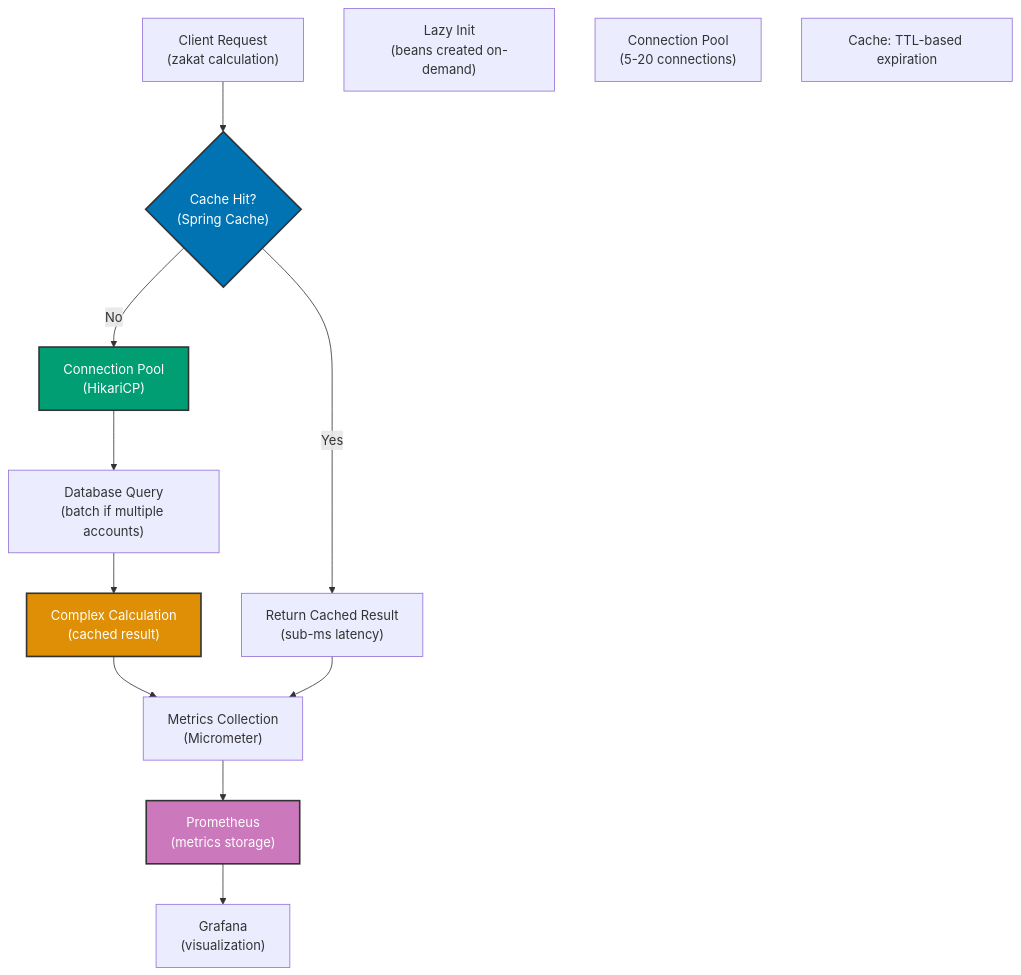
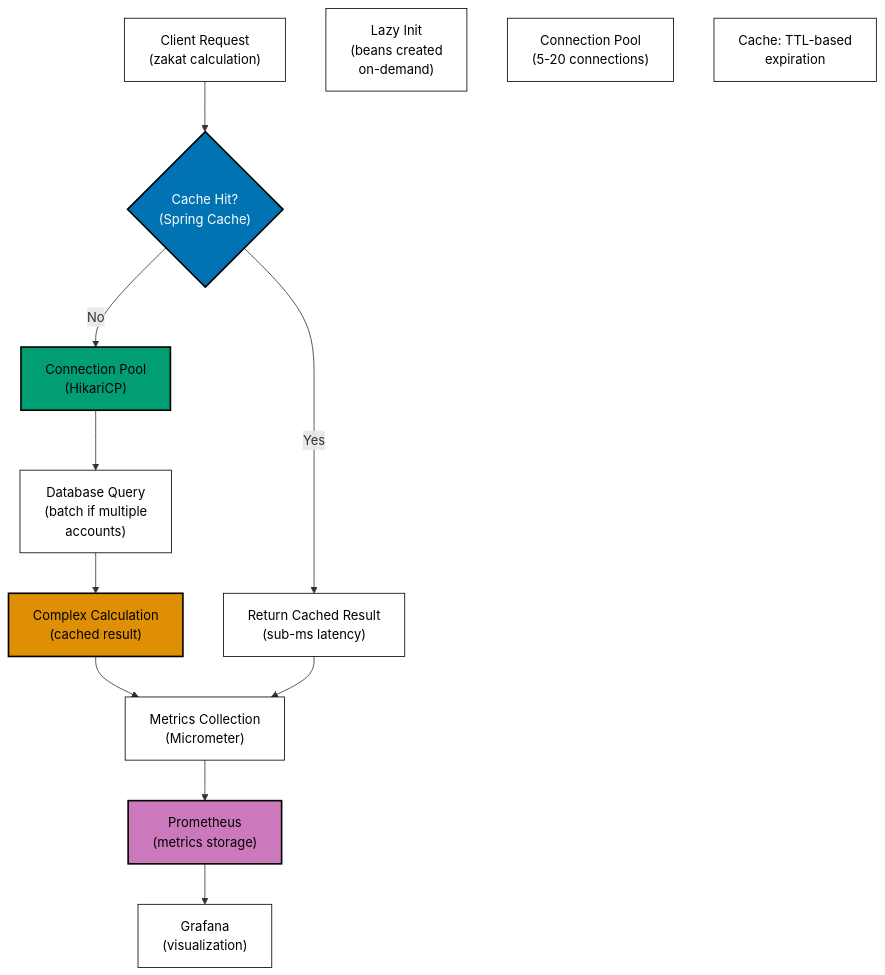
Before and after one commit to wahidyankf/ose-public: the diagram in apps/ayokoding-www/content/en/learn/legacy/software-engineering/platforms/web/tools/jvm-spring/in-the-field/performance-tuning.md, drawn with Mermaid. The commit also changed 130 other files, not shown here.

First line of the commit message:
fix(mermaid): bring the legacy platforms diagrams onto the accessible palette

````diff
--- a/apps/ayokoding-www/content/en/learn/legacy/software-engineering/platforms/web/tools/jvm-spring/in-the-field/performance-tuning.md
+++ b/apps/ayokoding-www/content/en/learn/legacy/software-engineering/platforms/web/tools/jvm-spring/in-the-field/performance-tuning.md
@@ -539,38 +539,45 @@
 ```mermaid
 flowchart TB
+    accTitle: Performance Optimization Flow Diagram
+    accDescr: Flowchart with 12 nodes and 9 connections. Nodes: Client Request (zakat calculation), Cache Hit? (Spring Cache), Return Cached Result (sub-ms latency), Connection Pool (HikariCP), Database Query (batch if multiple accounts), Complex Calculation (cached result), Metrics Collection (Micrometer), Prometheus (metrics storage), Grafana (visualization), Lazy Init (beans created on-demand), Connection Pool (5-20 connections), Cache: TTL-based expiration. Connections: Client Request (zakat calculation) to Cache Hit? (Spring Cache), Cache Hit? (Spring Cache) to Return Cached Result (sub-ms latency) (Yes), Cache Hit? (Spring Cache) to Connection Pool (HikariCP) (No), Connection Pool (HikariCP) to Database Query (batch if multiple accounts), Database Query (batch if multiple accounts) to Complex Calculation (cached result), Complex Calculation (cached result) to Metrics Collection (Micrometer), Metrics Collection (Micrometer) to Prometheus (metrics storage), Prometheus (metrics storage) to Grafana (visualization), Return Cached Result (sub-ms latency) to Metrics Collection (Micrometer).
     Request["Client Request<br/>(zakat calculation)"]
 
     Cache{"Cache Hit?<br/>(Spring Cache)"}
     CacheHit["Return Cached Result<br/>(sub-ms latency)"]
 
     Pool["Connection Pool<br/>(HikariCP)"]
-    DB["Database Query<br/>(batch if multiple accounts)"]
+    DB["Database Query<br/>(batch if multiple<br/>accounts)"]
 
     Calc["Complex Calculation<br/>(cached result)"]
 
     Metrics["Metrics Collection<br/>(Micrometer)"]
     Prometheus["Prometheus<br/>(metrics storage)"]
     Grafana["Grafana<br/>(visualization)"]
 
     Request --> Cache
     Cache -->|Yes| CacheHit
     Cache -->|No| Pool
 
     Pool --> DB
     DB --> Calc
     Calc --> Metrics
 
     Metrics --> Prometheus
     Prometheus --> Grafana
 
     CacheHit --> Metrics
 
-    Note1["Lazy Init<br/>(beans created on-demand)"]
+    Note1["Lazy Init<br/>(beans created<br/>on-demand)"]
     Note2["Connection Pool<br/>(5-20 connections)"]
-    Note3["Cache: TTL-based expiration"]
+    Note3["Cache: TTL-based<br/>expiration"]
 
-    style Cache fill:#0173B2,stroke:#333,stroke-width:2px,color:#fff
-    style Pool fill:#029E73,stroke:#333,stroke-width:2px,color:#fff
-    style Calc fill:#DE8F05,stroke:#333,stroke-width:2px,color:#fff
-    style Prometheus fill:#CC78BC,stroke:#333,stroke-width:2px,color:#fff
+    classDef pal-0173B2 fill:#0173B2,stroke:#000000,color:#FFFFFF,stroke-width:2px
+    class Cache pal-0173B2
+    classDef pal-029E73 fill:#029E73,stroke:#000000,color:#000000,stroke-width:2px
+    class Pool pal-029E73
+    classDef pal-DE8F05 fill:#DE8F05,stroke:#000000,color:#000000,stroke-width:2px
+    class Calc pal-DE8F05
+    classDef pal-CC78BC fill:#CC78BC,stroke:#000000,color:#000000,stroke-width:2px
+    class Prometheus pal-CC78BC
+    classDef default fill:#FFFFFF,stroke:#000000,color:#000000
 ```
````
